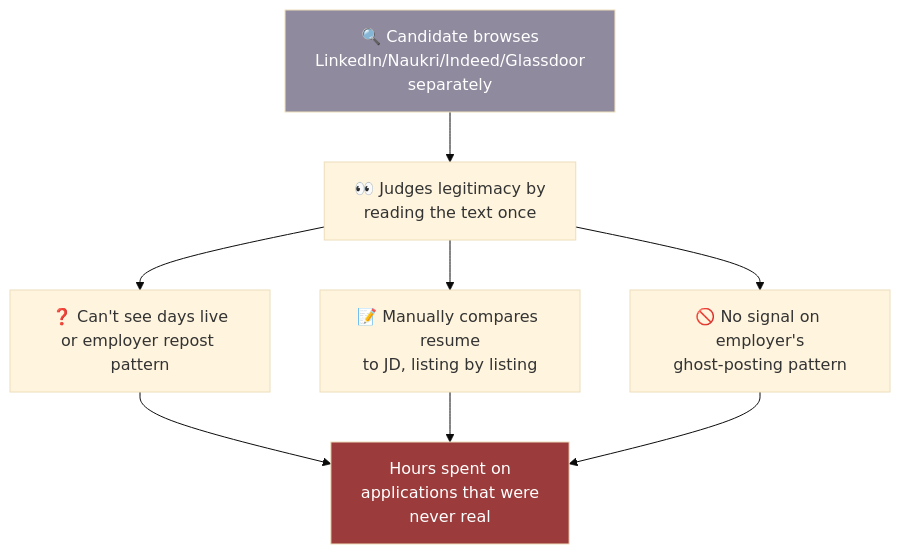
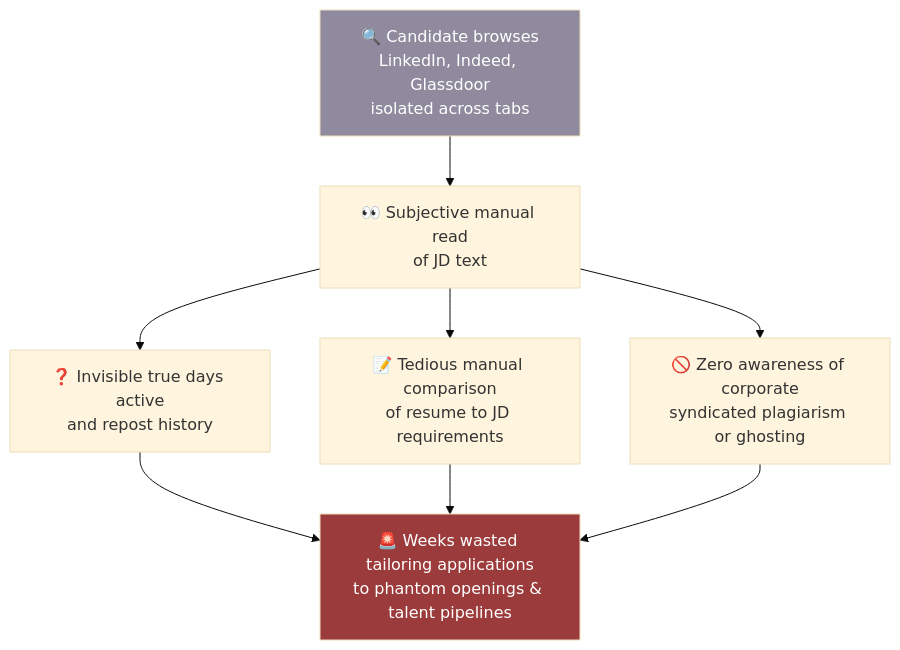
The first of 2 diagrams in 07_BA_Documentation/Process_Flow_NaukriSaaf.md (jaindhruv1923/Project-Naukri-Saaf-Job-Listings-Analysis), drawn with Mermaid (base theme) before and after one commit. The commit also changed other lines of this file and 20 other files, not shown here.

````diff
--- a/07_BA_Documentation/Process_Flow_NaukriSaaf.md
+++ b/07_BA_Documentation/Process_Flow_NaukriSaaf.md
@@ -9,13 +9,13 @@
 ```mermaid
 flowchart TD
-    A[🔍 Candidate browses\nLinkedIn/Naukri/Indeed/Glassdoor\nseparately] --> B[👀 Judges legitimacy by\nreading the text once]
-    B --> C[❓ Can't see days live\nor employer repost pattern]
-    B --> D[📝 Manually compares resume\nto JD, listing by listing]
-    B --> E[🚫 No signal on employer's\nghost-posting pattern]
-    C --> F[Hours spent on\napplications that were\nnever real]
+    A[🔍 Candidate browses\nLinkedIn, Indeed, Glassdoor\nisolated across tabs] --> B[👀 Subjective manual read\nof JD text]
+    B --> C[❓ Invisible true days active\nand repost history]
+    B --> D[📝 Tedious manual comparison\nof resume to JD requirements]
+    B --> E[🚫 Zero awareness of corporate\nsyndicated plagiarism or ghosting]
+    C --> F[🚨 Weeks wasted tailoring applications\nto phantom openings & talent pipelines]
     D --> F
     E --> F
 
     style A fill:#8f8a9e,color:#fff
     style F fill:#9C3B3B,color:#fff
 ```
````
